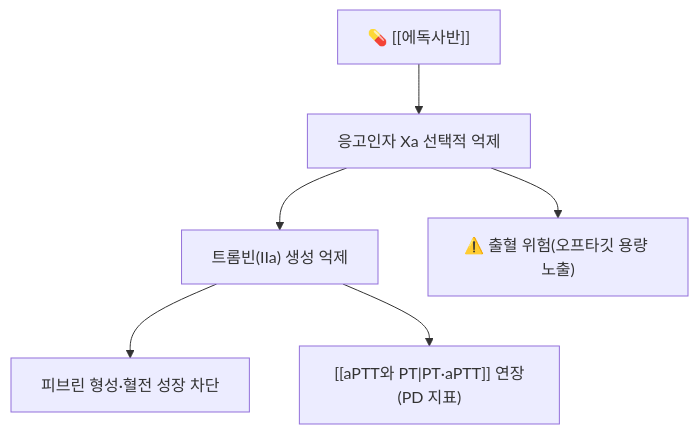
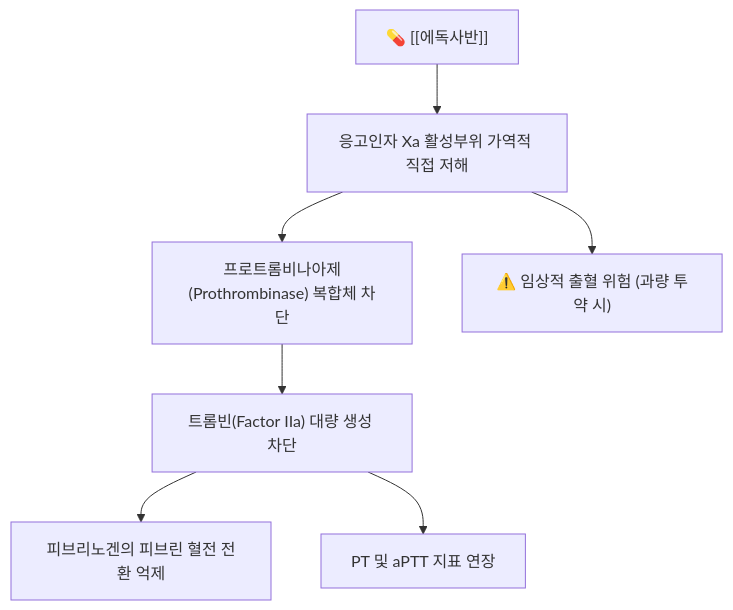
One commit to simbio11/simbio-digital-garden2 changed the diagram in content/2. 약리 공부/의약품/03_심혈관·대사계/에독사반.md. Above: the diagram before and after it, drawn with Mermaid. The commit also changed other lines of this file and 293 other files, not shown here.

````diff
--- a/content/2. 약리 공부/의약품/03_심혈관·대사계/에독사반.md
+++ b/content/2. 약리 공부/의약품/03_심혈관·대사계/에독사반.md
@@ -39,8 +72,9 @@
 ```mermaid
 graph TD
-    Drug["💊 [[에독사반]]"] --> XaBlock["응고인자 Xa 선택적 억제"]
-    XaBlock --> ThrombinDown["트롬빈(IIa) 생성 억제"]
-    ThrombinDown --> FibrinDown["피브린 형성·혈전 성장 차단"]
-    ThrombinDown --> PTT["[[aPTT와 PT|PT·aPTT]] 연장(PD 지표)"]
-    XaBlock --> Bleeding["⚠️ 출혈 위험(오프타깃 용량 노출)"]
+    Drug["💊 [[에독사반]]"] --> XaBlock["응고인자 Xa 활성부위 가역적 직접 저해"]
+    XaBlock --> Prothrombinase["프로트롬비나아제(Prothrombinase) 복합체 차단"]
+    Prothrombinase --> ThrombinDown["트롬빈(Factor IIa) 대량 생성 차단"]
+    ThrombinDown --> FibrinDown["피브리노겐의 피브린 혈전 전환 억제"]
+    ThrombinDown --> CoagTest["PT 및 aPTT 지표 연장"]
+    XaBlock --> BleedingRisk["⚠️ 임상적 출혈 위험 (과량 투약 시)"]
 ```
````
